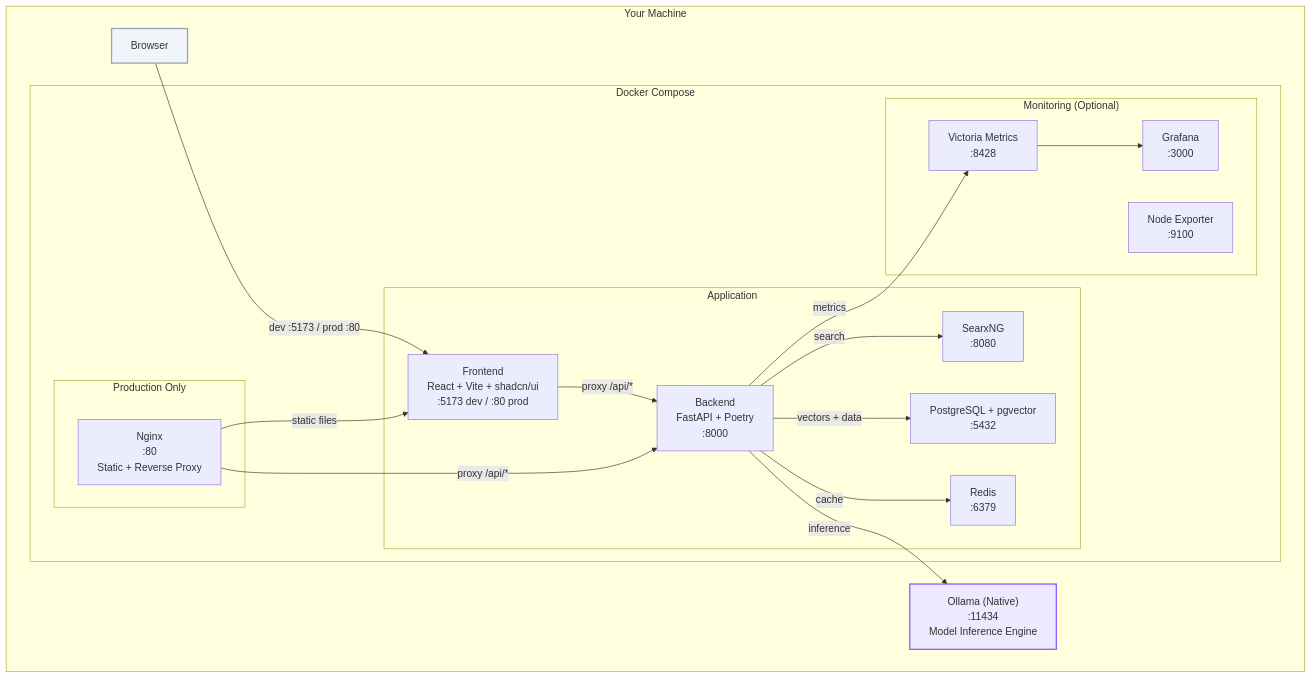
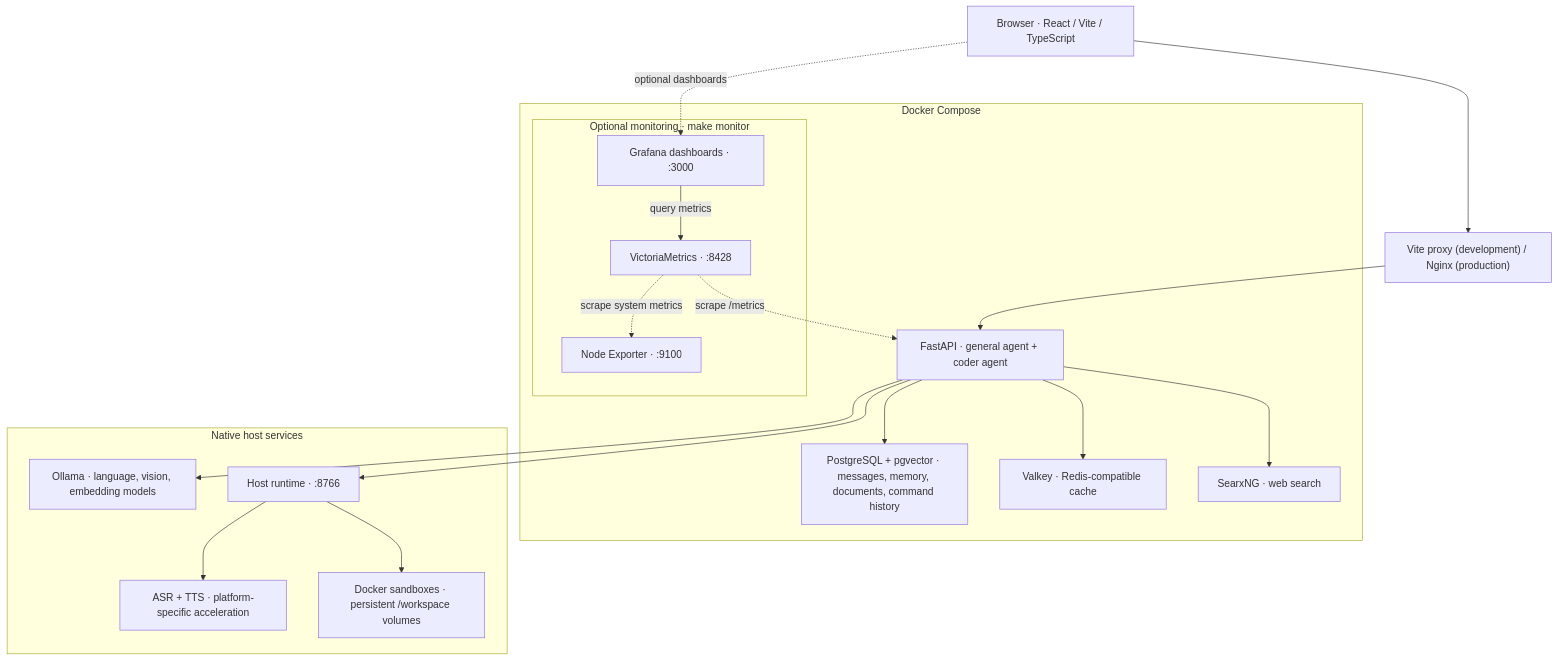
One commit to realopen-ai/realopen-ai changed the diagram in README.md. Above: the diagram before and after it, drawn with Mermaid. The commit also changed other lines of this file, not shown here.

Commit message:
docs: update README for current architecture and features

````diff
--- a/README.md
+++ b/README.md
@@ -9,40 +21,37 @@
 ```mermaid
-graph TB
-    subgraph Host["Your Machine"]
-        subgraph Docker["Docker Compose"]
-            subgraph App["Application"]
-                FE["Frontend<br/>React + Vite + shadcn/ui<br/>:5173 dev / :80 prod"]
-                BE["Backend<br/>FastAPI + Poetry<br/>:8000"]
-                PG["PostgreSQL + pgvector<br/>:5432"]
-                RD["Redis<br/>:6379"]
-                SX["SearxNG<br/>:8080"]
-            end
+flowchart TB
+    Browser["Browser · React / Vite / TypeScript"]
+    Gateway["Vite proxy (development) / Nginx (production)"]
 
-            subgraph Prod["Production Only"]
-                NX["Nginx<br/>:80<br/>Static + Reverse Proxy"]
-            end
-
-            subgraph Mon["Monitoring (Optional)"]
-                VM["Victoria Metrics<br/>:8428"]
-                GF["Grafana<br/>:3000"]
-                NE["Node Exporter<br/>:9100"]
-            end
+    subgraph Compose["Docker Compose"]
+        API["FastAPI · general agent + coder agent"]
+        DB["PostgreSQL + pgvector · messages, memory, documents, command history"]
+        Cache["Valkey · Redis-compatible cache"]
+        Search["SearxNG · web search"]
+        subgraph Monitoring["Optional monitoring · make monitor"]
+            Metrics["VictoriaMetrics · :8428"]
+            Grafana["Grafana dashboards · :3000"]
+            Exporter["Node Exporter · :9100"]
         end
-
-        OLLAMA["Ollama (Native)<br/>:11434<br/>Model Inference Engine"]
-        BROWSER["Browser"] -->|"dev :5173 / prod :80"| FE
     end
 
-    FE -->|"proxy /api/*"| BE
-    NX -->|"proxy /api/*"| BE
-    NX -->|"static files"| FE
-    BE -->|"inference"| OLLAMA
-    BE -->|"search"| SX
-    BE -->|"vectors + data"| PG
-    BE -->|"cache"| RD
-    BE -->|"metrics"| VM
-    VM --> GF
+    subgraph Host["Native host services"]
+        Ollama["Ollama · language, vision, embedding models"]
+        Runtime["Host runtime · :8766"]
+        Voice["ASR + TTS · platform-specific acceleration"]
+        Sandbox["Docker sandboxes · persistent /workspace volumes"]
+    end
 
-    style OLLAMA fill:#EDE9FE,stroke:#8B5CF6,stroke-width:2px
-    style BROWSER fill:#F1F5F9,stroke:#94A3B8,stroke-width:2px
+    Browser --> Gateway --> API
+    API --> Ollama
+    API --> DB
+    API --> Cache
+    API --> Search
+    API --> Runtime
+    Runtime --> Voice
+    Runtime --> Sandbox
+    Metrics -.->|"scrape /metrics"| API
+    Metrics -.->|"scrape system metrics"| Exporter
+    Grafana -->|"query metrics"| Metrics
+    Browser -.->|"optional dashboards"| Grafana
 ```
````
